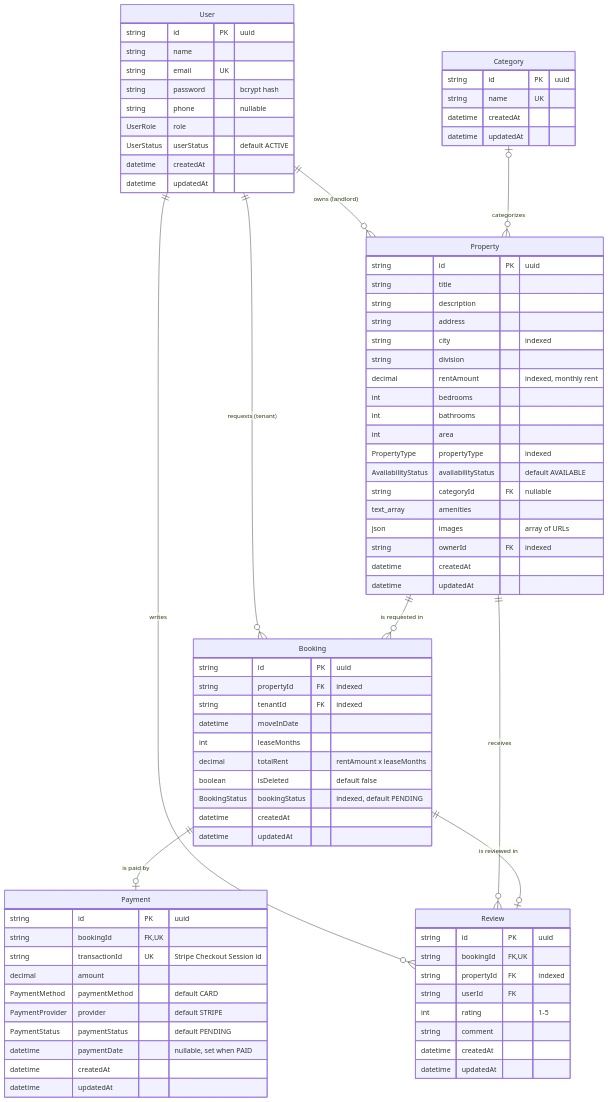
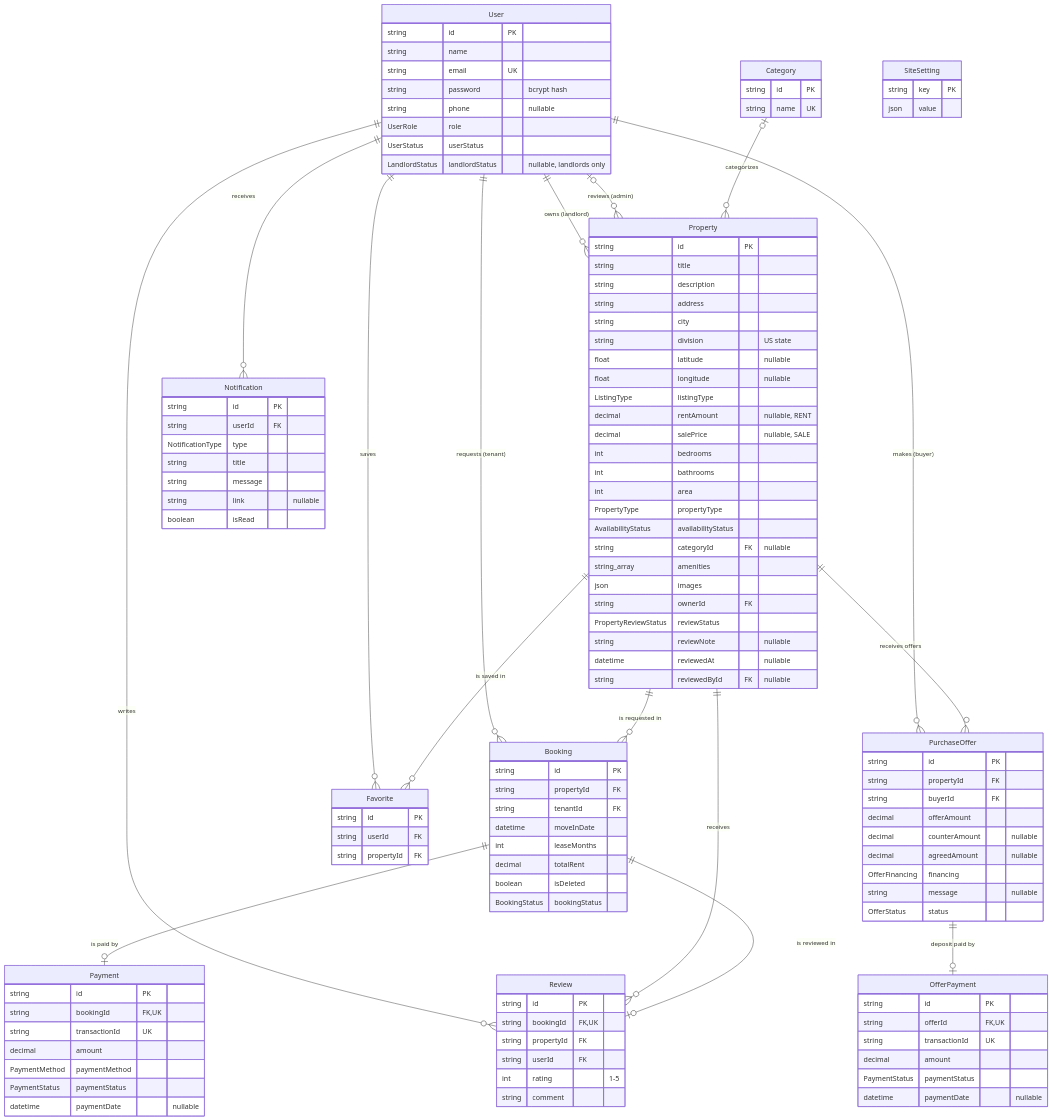
Before and after one commit to Zarif207/rentnest-backend: the diagram in docs/ERD.md, drawn with Mermaid. The commit also changed other lines of this file and 4 other files, not shown here.

Commit message:
feat: enhance documentation and schema with new features including health check, notifications, and purchase offers

````diff
--- a/docs/ERD.md
+++ b/docs/ERD.md
@@ -11,88 +11,123 @@
 ```mermaid
 erDiagram
     User ||--o{ Property : "owns (landlord)"
+    User |o--o{ Property : "reviews (admin)"
     User ||--o{ Booking : "requests (tenant)"
     User ||--o{ Review : writes
+    User ||--o{ Notification : receives
+    User ||--o{ Favorite : saves
+    User ||--o{ PurchaseOffer : "makes (buyer)"
     Category |o--o{ Property : categorizes
     Property ||--o{ Booking : "is requested in"
     Property ||--o{ Review : receives
+    Property ||--o{ Favorite : "is saved in"
+    Property ||--o{ PurchaseOffer : "receives offers"
     Booking ||--o| Payment : "is paid by"
     Booking ||--o| Review : "is reviewed in"
+    PurchaseOffer ||--o| OfferPayment : "deposit paid by"
 
     User {
-        string id PK "uuid"
+        string id PK
         string name
         string email UK
         string password "bcrypt hash"
         string phone "nullable"
         UserRole role
-        UserStatus userStatus "default ACTIVE"
-        datetime createdAt
-        datetime updatedAt
+        UserStatus userStatus
+        LandlordStatus landlordStatus "nullable, landlords only"
     }
-
     Category {
-        string id PK "uuid"
+        string id PK
         string name UK
-        datetime createdAt
-        datetime updatedAt
     }
-
     Property {
-        string id PK "uuid"
+        string id PK
         string title
         string description
         string address
-        string city "indexed"
-        string division
-        decimal rentAmount "indexed, monthly rent"
+        string city
+        string division "US state"
+        float latitude "nullable"
+        float longitude "nullable"
+        ListingType listingType
+        decimal rentAmount "nullable, RENT"
+        decimal salePrice "nullable, SALE"
         int bedrooms
         int bathrooms
         int area
-        PropertyType propertyType "indexed"
-        AvailabilityStatus availabilityStatus "default AVAILABLE"
+        PropertyType propertyType
+        AvailabilityStatus availabilityStatus
         string categoryId FK "nullable"
-        text_array amenities
-        json images "array of URLs"
-        string ownerId FK "indexed"
-        datetime createdAt
-        datetime updatedAt
+        string_array amenities
+        json images
+        string ownerId FK
+        PropertyReviewStatus reviewStatus
+        string reviewNote "nullable"
+        datetime reviewedAt "nullable"
+        string reviewedById FK "nullable"
     }
-
     Booking {
-        string id PK "uuid"
-        string propertyId FK "indexed"
-        string tenantId FK "indexed"
+        string id PK
+        string propertyId FK
+        string tenantId FK
         datetime moveInDate
         int leaseMonths
-        decimal totalRent "rentAmount x leaseMonths"
-        boolean isDeleted "default false"
-        BookingStatus bookingStatus "indexed, default PENDING"
-        datetime createdAt
-        datetime updatedAt
+        decimal totalRent
+        boolean isDeleted
+        BookingStatus bookingStatus
     }
-
     Payment {
-        string id PK "uuid"
-        string bookingId FK, UK
-        string transactionId UK "Stripe Checkout Session id"
+        string id PK
+        string bookingId FK,UK
+        string transactionId UK
         decimal amount
-        PaymentMethod paymentMethod "default CARD"
-        PaymentProvider provider "default STRIPE"
-        PaymentStatus paymentStatus "default PENDING"
-        datetime paymentDate "nullable, set when PAID"
-        datetime createdAt
-        datetime updatedAt
+        PaymentMethod paymentMethod
+        PaymentStatus paymentStatus
+        datetime paymentDate "nullable"
     }
-
     Review {
-        string id PK "uuid"
-        string bookingId FK, UK
-        string propertyId FK "indexed"
+        string id PK
+        string bookingId FK,UK
+        string propertyId FK
         string userId FK
         int rating "1-5"
         string comment
-        datetime createdAt
-        datetime updatedAt
+    }
+    Favorite {
+        string id PK
+        string userId FK
+        string propertyId FK
+    }
+    Notification {
+        string id PK
+        string userId FK
+        NotificationType type
+        string title
+        string message
+        string link "nullable"
+        boolean isRead
+    }
+    PurchaseOffer {
+        string id PK
+        string propertyId FK
+        string buyerId FK
+        decimal offerAmount
+        decimal counterAmount "nullable"
+        decimal agreedAmount "nullable"
+        OfferFinancing financing
+        string message "nullable"
+        OfferStatus status
+    }
+    OfferPayment {
+        string id PK
+        string offerId FK,UK
+        string transactionId UK
+        decimal amount
+        PaymentStatus paymentStatus
+        datetime paymentDate "nullable"
+    }
+    SiteSetting {
+        string key PK
+        json value
     }
 ```
````
